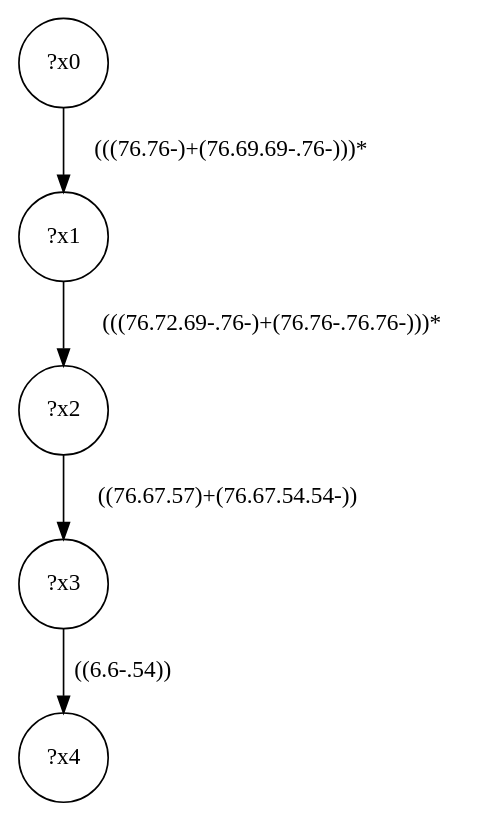
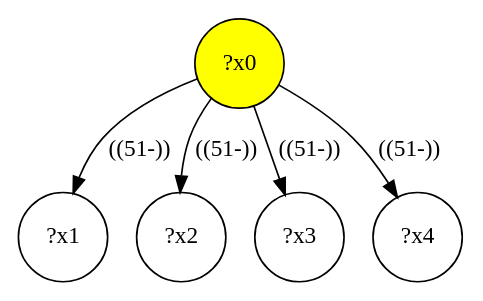
One commit to MathieuGicquel/federated-benchmark changed the diagram in lib/gmark/demo/shop/shop-interface/query-28.dot. Above: the diagram before and after it, drawn with Graphviz. The commit also changed 361 other files, not shown here.

```diff
--- a/lib/gmark/demo/shop/shop-interface/query-28.dot
+++ b/lib/gmark/demo/shop/shop-interface/query-28.dot
@@ -1,11 +1,11 @@
 digraph g {
-	x0 [shape=circle, label="?x0"];
+	x0 [fillcolor="yellow", style="filled," shape=circle, label="?x0"];
 	x1 [shape=circle, label="?x1"];
-	x0 -> x1 [label="(((76.76-)+(76.69.69-.76-)))*"];
+	x0 -> x1 [label="((51-))"];
 	x2 [shape=circle, label="?x2"];
-	x1 -> x2 [label="(((76.72.69-.76-)+(76.76-.76.76-)))*"];
+	x0 -> x2 [label="((51-))"];
 	x3 [shape=circle, label="?x3"];
-	x2 -> x3 [label="((76.67.57)+(76.67.54.54-))"];
+	x0 -> x3 [label="((51-))"];
 	x4 [shape=circle, label="?x4"];
-	x3 -> x4 [label="((6.6-.54))"];
+	x0 -> x4 [label="((51-))"];
 }
```
